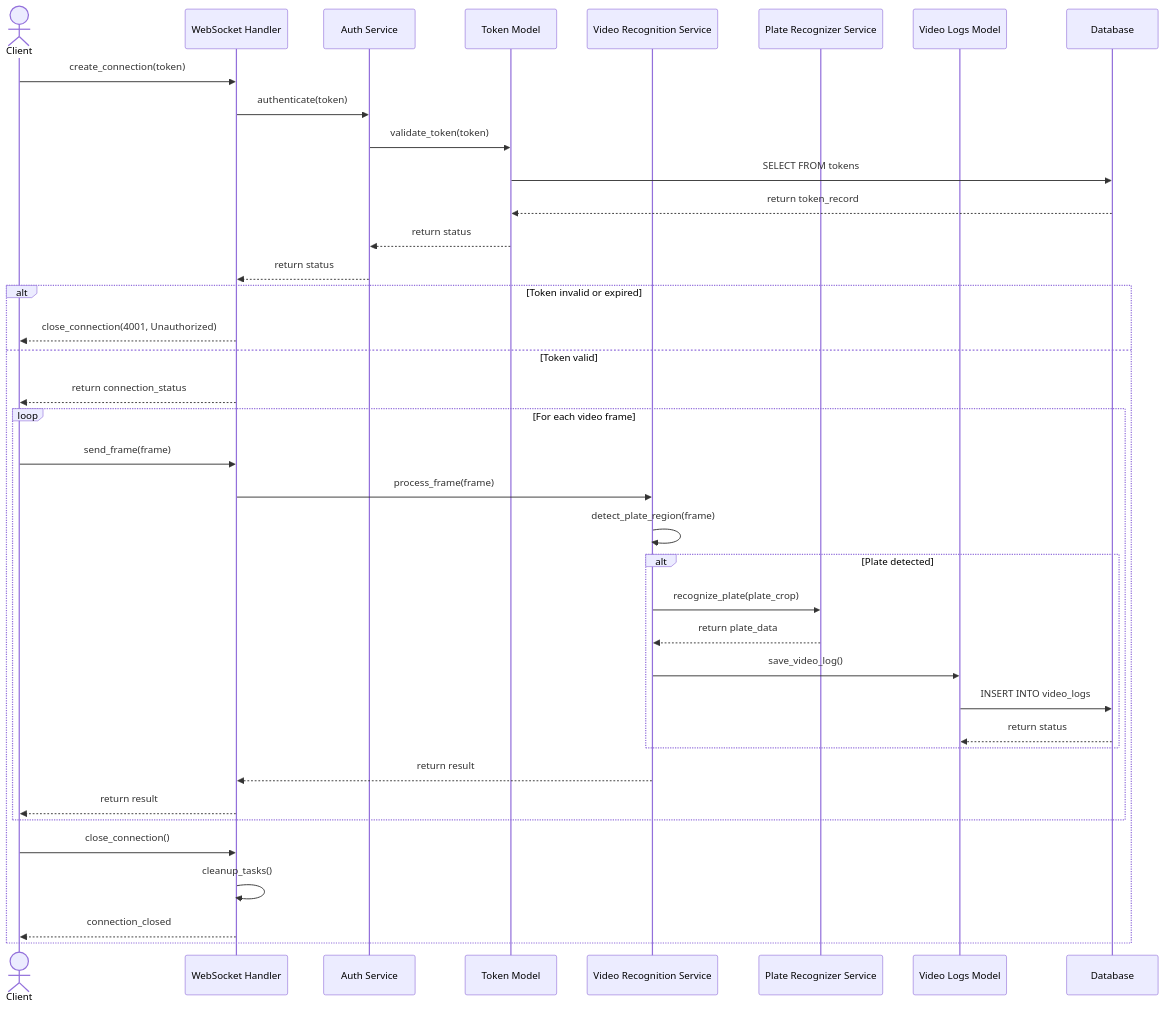
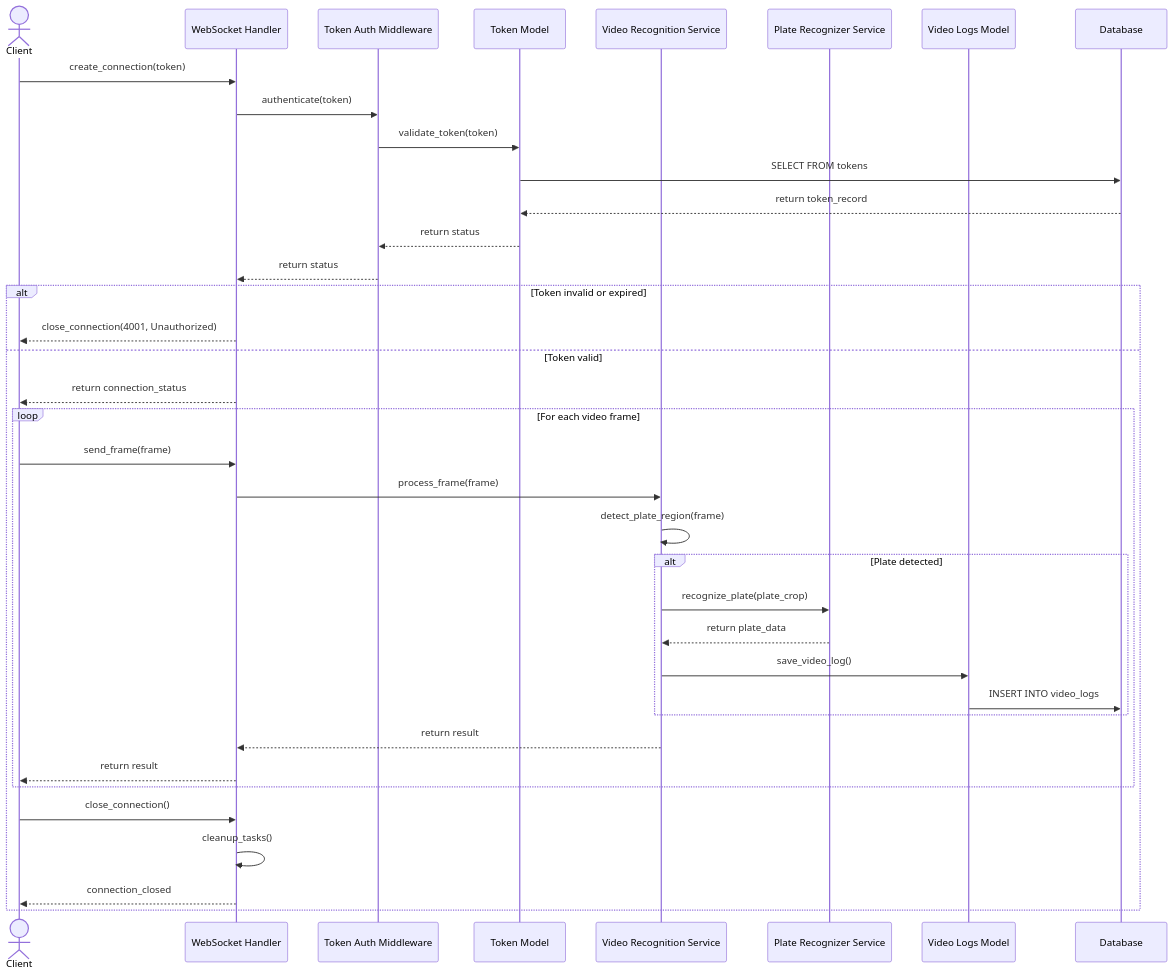
One commit to Tanaphat-Ken/ALPR-V2 changed diagram 11 of 20 in SYSTEM_DIAGRAMS.md. Above: the diagram before and after it, drawn with Mermaid. The commit also changed other lines of this file, not shown here.

First line of the commit message:
docs: trim sequence diagrams and split combined flows into separate diagrams

````diff
--- a/SYSTEM_DIAGRAMS.md
+++ b/SYSTEM_DIAGRAMS.md
@@ -442,44 +437,45 @@
 ```mermaid
 sequenceDiagram
     actor Client
     participant WSHandler as WebSocket Handler
-    participant AuthService as Auth Service
+    participant TAM as Token Auth Middleware
     participant TokenModel as Token Model
     participant VideoService as Video Recognition Service
     participant PR as Plate Recognizer Service
     participant VideoLogsModel as Video Logs Model
     participant DB as Database
 
     Client->>WSHandler: create_connection(token)
-    WSHandler->>AuthService: authenticate(token)
-    AuthService->>TokenModel: validate_token(token)
+    WSHandler->>TAM: authenticate(token)
+    TAM->>TokenModel: validate_token(token)
     TokenModel->>DB: SELECT FROM tokens
     DB-->>TokenModel: return token_record
-    TokenModel-->>AuthService: return status
-    AuthService-->>WSHandler: return status
+    TokenModel-->>TAM: return status
+    TAM-->>WSHandler: return status
 
     alt Token invalid or expired
         WSHandler-->>Client: close_connection(4001, Unauthorized)
     else Token valid
         WSHandler-->>Client: return connection_status
+
 
         loop For each video frame
             Client->>WSHandler: send_frame(frame)
             WSHandler->>VideoService: process_frame(frame)
             VideoService->>VideoService: detect_plate_region(frame)
             alt Plate detected
                 VideoService->>PR: recognize_plate(plate_crop)
                 PR-->>VideoService: return plate_data
                 VideoService->>VideoLogsModel: save_video_log()
                 VideoLogsModel->>DB: INSERT INTO video_logs
-                DB-->>VideoLogsModel: return status
+
             end
             VideoService-->>WSHandler: return result
             WSHandler-->>Client: return result
         end
 
         Client->>WSHandler: close_connection()
         WSHandler->>WSHandler: cleanup_tasks()
         WSHandler-->>Client: connection_closed
     end
 ```
````
